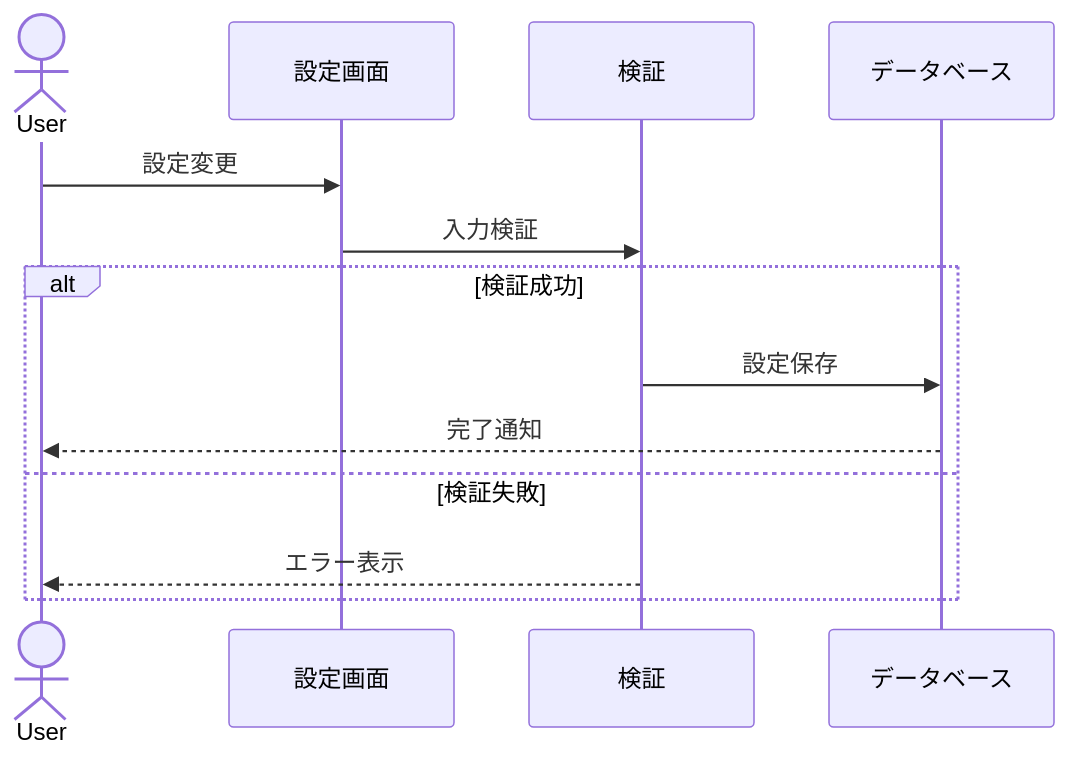
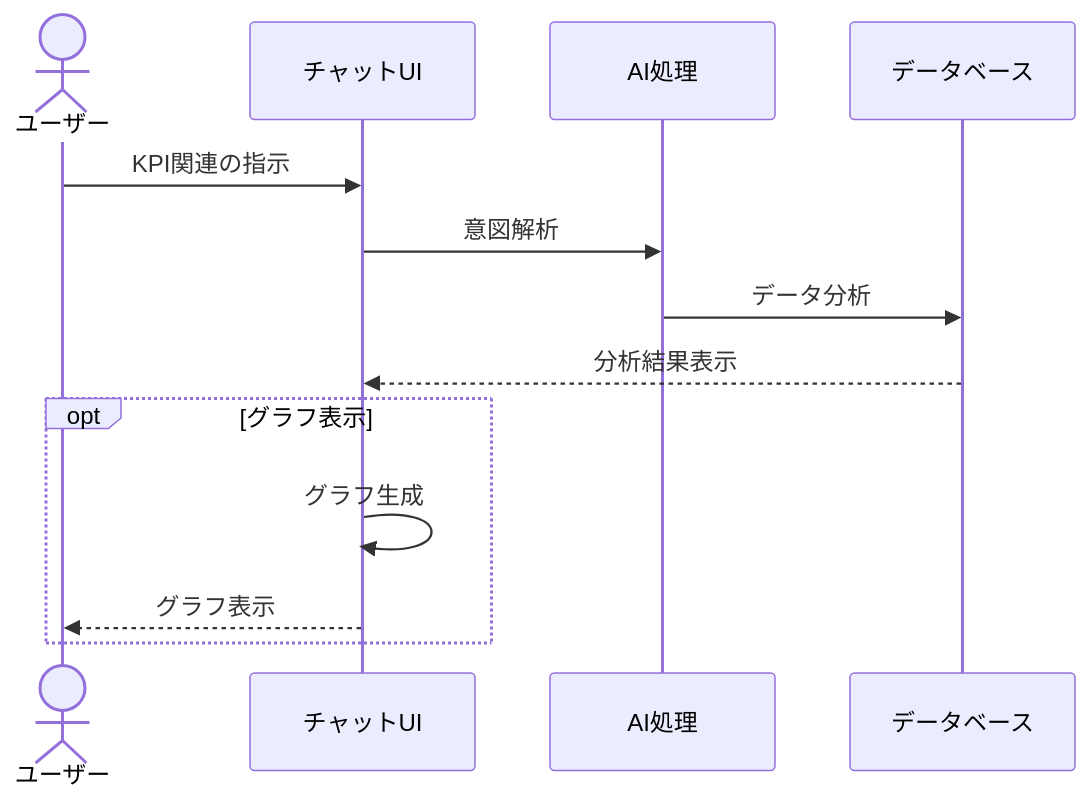
The fifth of 7 diagrams in docs/OPERATION_FLOW.md (yu-Yoshiaki/coo-maeda), drawn with Mermaid before and after one commit. The commit also changed other lines of this file and 34 other files, not shown here.

````diff
--- a/docs/OPERATION_FLOW.md
+++ b/docs/OPERATION_FLOW.md
@@ -133,17 +87,16 @@
 ```mermaid
 sequenceDiagram
-    actor User
-    participant Settings as 設定画面
-    participant Validate as 検証
+    actor User as ユーザー
+    participant Chat as チャットUI
+    participant AI as AI処理
     participant DB as データベース
 
-    User->>Settings: 設定変更
-    Settings->>Validate: 入力検証
-
-    alt 検証成功
-        Validate->>DB: 設定保存
-        DB-->>User: 完了通知
-    else 検証失敗
-        Validate-->>User: エラー表示
+    User->>Chat: KPI関連の指示
+    Chat->>AI: 意図解析
+    AI->>DB: データ分析
+    DB-->>Chat: 分析結果表示
+    opt グラフ表示
+        Chat->>Chat: グラフ生成
+        Chat-->>User: グラフ表示
     end
 ```
````
